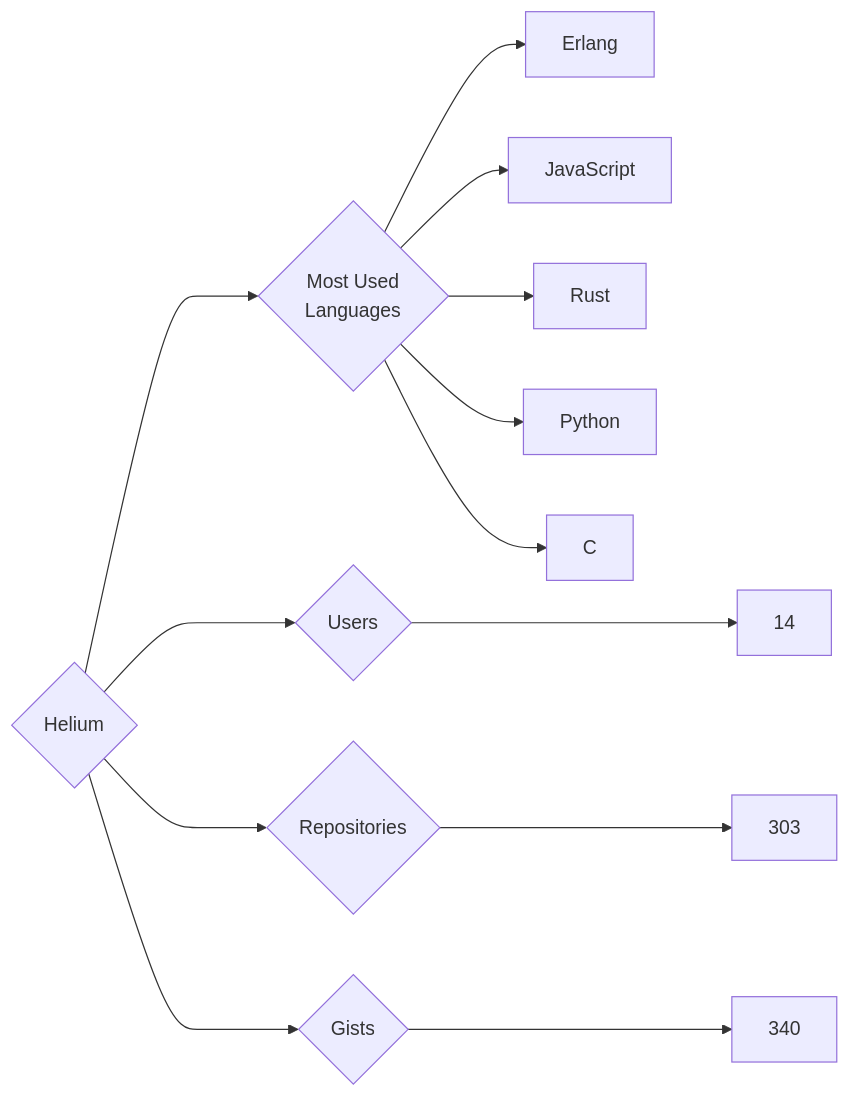
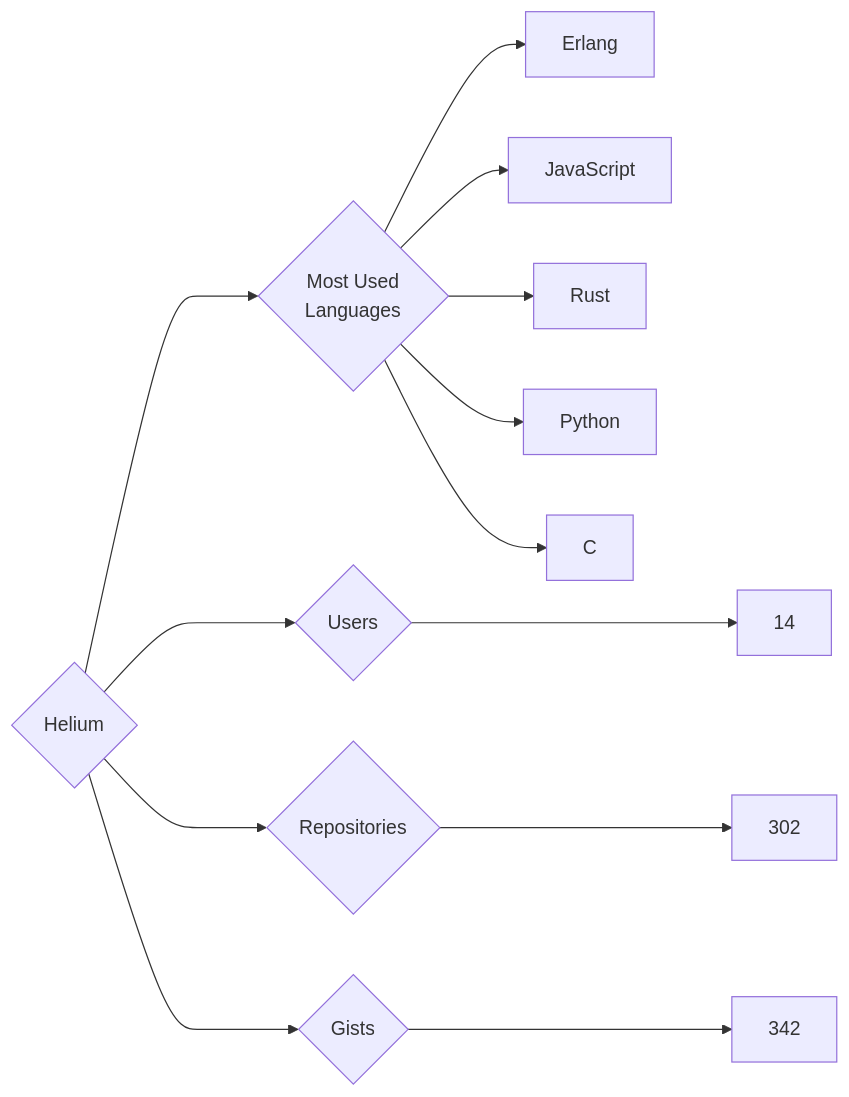
Before and after one commit to trickest/insiders: the diagram in targets/Helium/README.md, drawn with Mermaid. The commit also changed 944 other files, not shown here.

````diff
--- a/targets/Helium/README.md
+++ b/targets/Helium/README.md
@@ -3,13 +3,13 @@
 ```mermaid
 graph LR
 COMPANY_NAME{Helium}
 COMPANY_NAME ---> U{Users} ---> UN[14]
-COMPANY_NAME ---> R{Repositories} ---> RN[303]
-COMPANY_NAME ---> G{Gists} ---> GN[340]
+COMPANY_NAME ---> R{Repositories} ---> RN[302]
+COMPANY_NAME ---> G{Gists} ---> GN[342]
 COMPANY_NAME ---> ML{Most Used<br>Languages}
 ML --> Erlang[Erlang]
 ML --> JavaScript[JavaScript]
 ML --> Rust[Rust]
 ML --> Python[Python]
 ML --> C[C]
 ```
````
